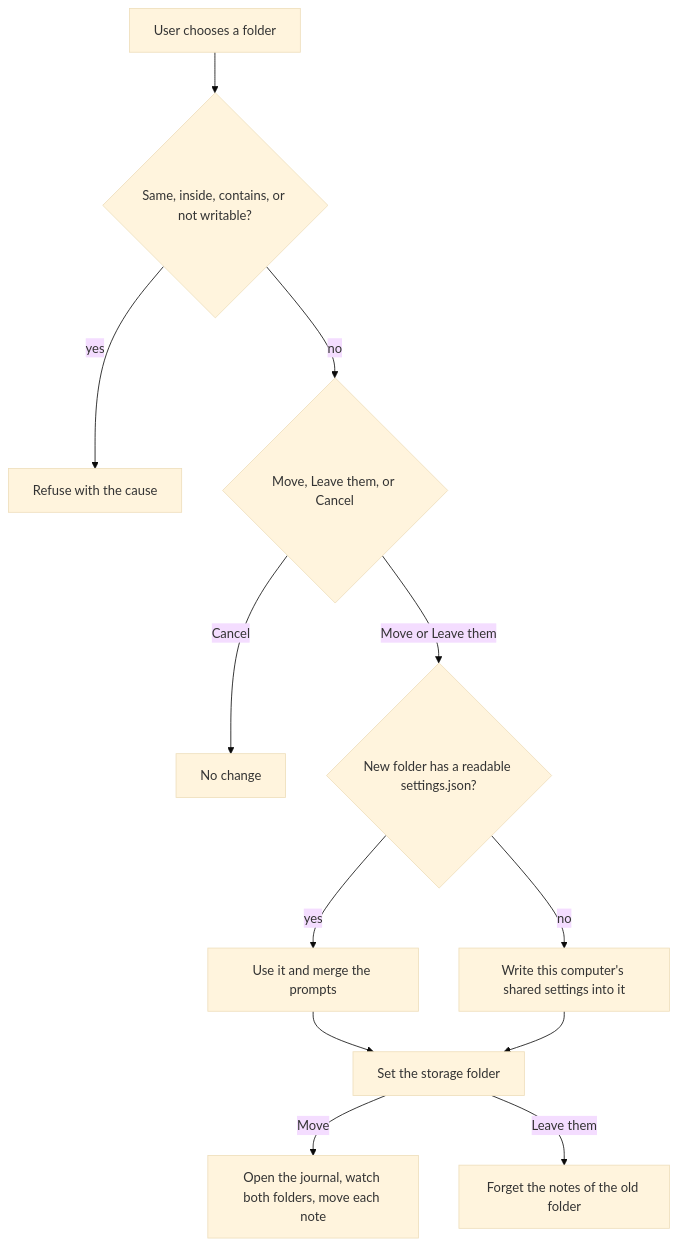
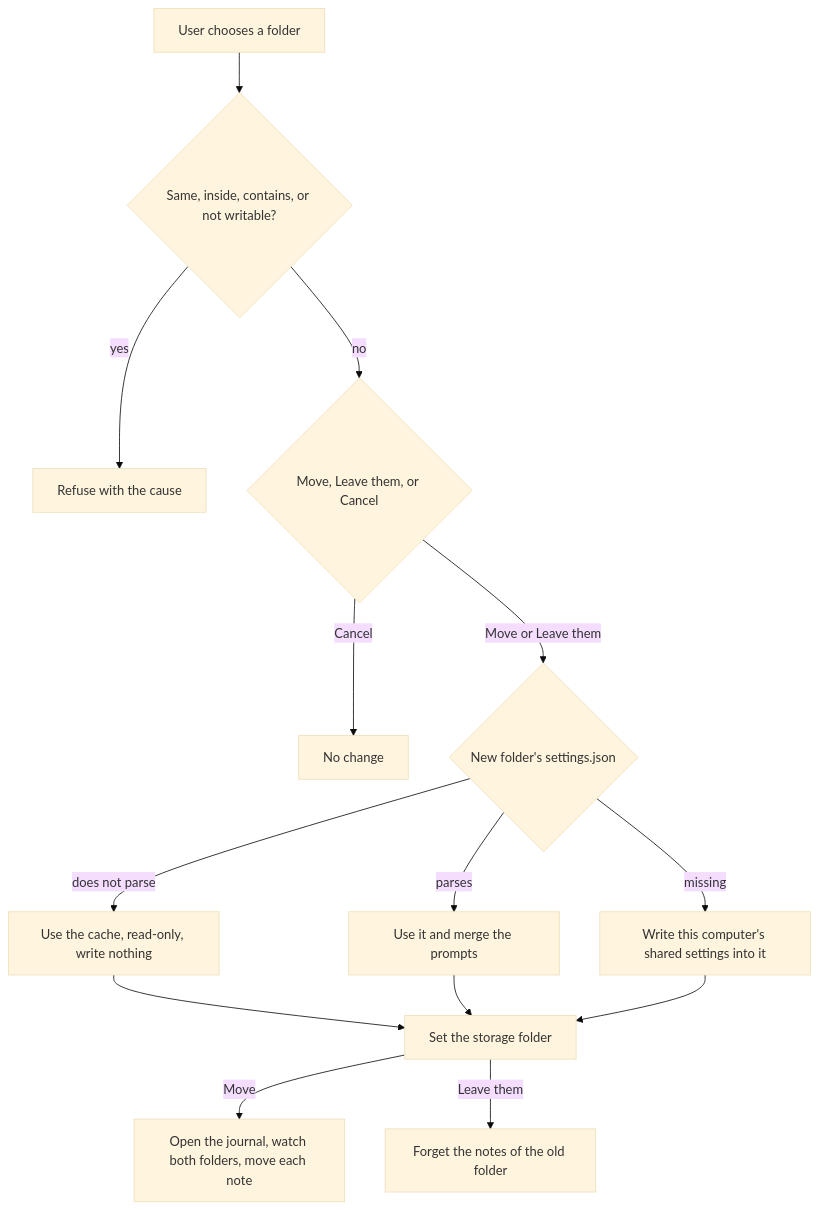
The fourth of 4 diagrams in docs/plans/2026-09-28-2343-feat-one-storage-folder-and-shared-settings-plan.md (twistymaze/longhand), drawn with Mermaid (base theme) before and after one commit. The commit also changed other lines of this file, not shown here.

Commit message:
docs(plans): apply the review decisions to the shared settings plan

````diff
--- a/docs/plans/2026-09-28-2343-feat-one-storage-folder-and-shared-settings-plan.md
+++ b/docs/plans/2026-09-28-2343-feat-one-storage-folder-and-shared-settings-plan.md
@@ -221,14 +221,16 @@
 ```mermaid
 flowchart TB
   A[User chooses a folder] --> B{Same, inside, contains, or not writable?}
   B -->|yes| X[Refuse with the cause]
   B -->|no| C{Move, Leave them, or Cancel}
   C -->|Cancel| Z[No change]
-  C -->|Move or Leave them| D{New folder has a readable settings.json?}
-  D -->|yes| E[Use it and merge the prompts]
-  D -->|no| F[Write this computer's shared settings into it]
+  C -->|Move or Leave them| D{New folder's settings.json}
+  D -->|parses| E[Use it and merge the prompts]
+  D -->|missing| F[Write this computer's shared settings into it]
+  D -->|does not parse| R[Use the cache, read-only, write nothing]
+  R --> G
   E --> G[Set the storage folder]
   F --> G
   G -->|Move| H[Open the journal, watch both folders, move each note]
   G -->|Leave them| I[Forget the notes of the old folder]
 ```
````
